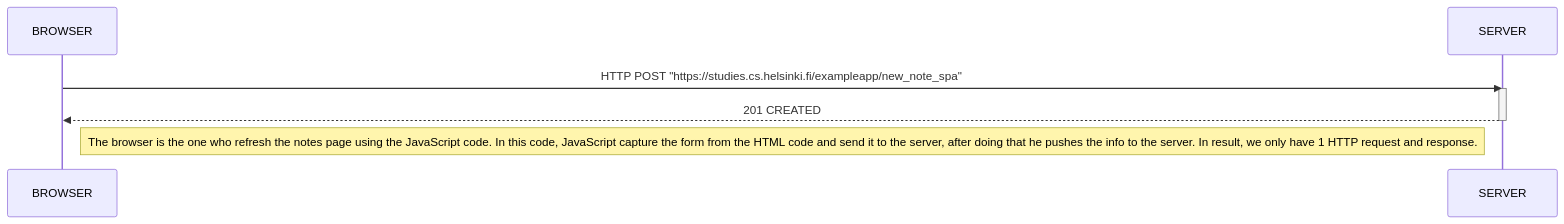
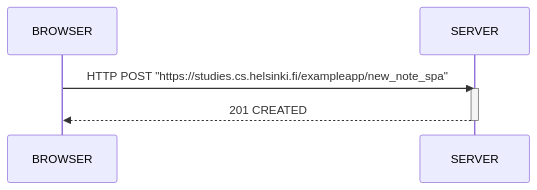
The diagram in part0/0.6_new_note_on_spa.md (AdrianJimenezNieto/fullstackopen-exercises), drawn with Mermaid before and after one commit. The commit also changed other lines of this file, not shown here.

````diff
--- a/part0/0.6_new_note_on_spa.md
+++ b/part0/0.6_new_note_on_spa.md
@@ -3,12 +3,10 @@
 ```mermaid
 sequenceDiagram
     participant BROWSER
     participant SERVER
 
     BROWSER->>SERVER: HTTP POST "https://studies.cs.helsinki.fi/exampleapp/new_note_spa"
     activate SERVER
     SERVER-->>BROWSER: 201 CREATED
     deactivate SERVER
-
-    Note right of BROWSER: The browser is the one who refresh the notes page using the JavaScript code. In this code, JavaScript capture the form from the HTML code and send it to the server, after doing that he pushes the info to the server. In result, we only have 1 HTTP request and response.
 ```
````
